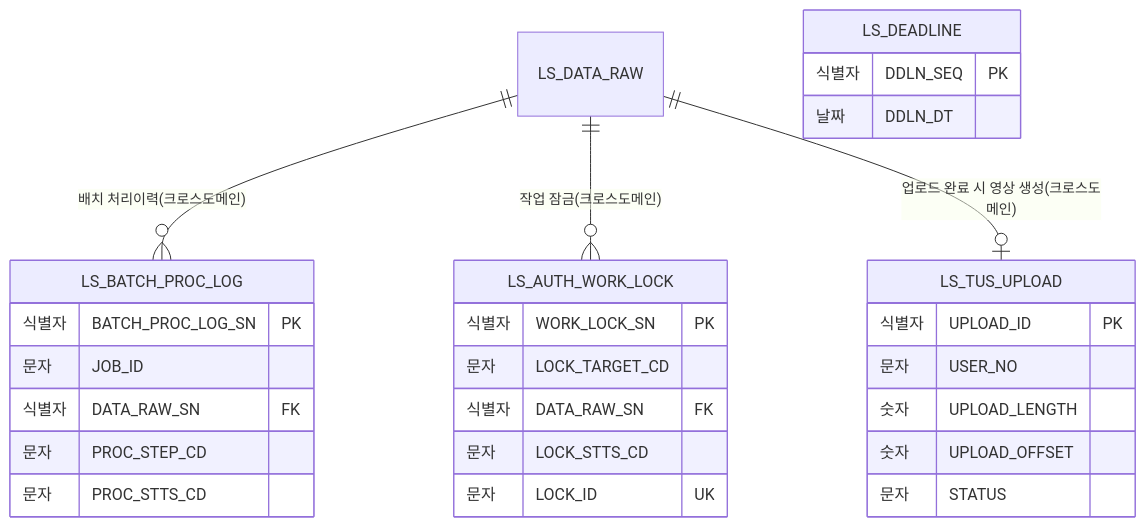
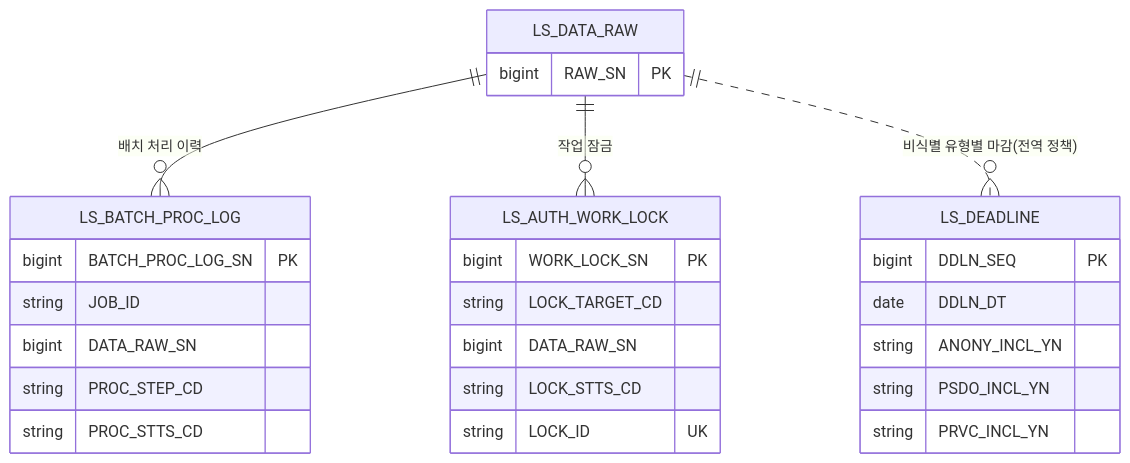
The tenth of 14 diagrams in docs/design/D8-엔티티관계모형설계서.md (New-stella/klid-label), drawn with Mermaid before and after one commit. The commit also changed other lines of this file and 7 other files, not shown here.

````diff
--- a/docs/design/D8-엔티티관계모형설계서.md
+++ b/docs/design/D8-엔티티관계모형설계서.md
@@ -362,31 +336,30 @@
 ```mermaid
 erDiagram
-    LS_DATA_RAW ||--o{ LS_BATCH_PROC_LOG : "배치 처리이력(크로스도메인)"
-    LS_DATA_RAW ||--o{ LS_AUTH_WORK_LOCK : "작업 잠금(크로스도메인)"
-    LS_DATA_RAW ||--o| LS_TUS_UPLOAD : "업로드 완료 시 영상 생성(크로스도메인)"
+    LS_DATA_RAW ||--o{ LS_BATCH_PROC_LOG : "배치 처리 이력"
+    LS_DATA_RAW ||--o{ LS_AUTH_WORK_LOCK : "작업 잠금"
+    LS_DATA_RAW ||..o{ LS_DEADLINE : "비식별 유형별 마감(전역 정책)"
+    LS_DATA_RAW {
+        bigint RAW_SN PK
+    }
     LS_BATCH_PROC_LOG {
-        식별자 BATCH_PROC_LOG_SN PK
-        문자 JOB_ID
-        식별자 DATA_RAW_SN FK
-        문자 PROC_STEP_CD
-        문자 PROC_STTS_CD
+        bigint BATCH_PROC_LOG_SN PK
+        string JOB_ID
+        bigint DATA_RAW_SN
+        string PROC_STEP_CD
+        string PROC_STTS_CD
     }
     LS_AUTH_WORK_LOCK {
-        식별자 WORK_LOCK_SN PK
-        문자 LOCK_TARGET_CD
-        식별자 DATA_RAW_SN FK
-        문자 LOCK_STTS_CD
-        문자 LOCK_ID UK
+        bigint WORK_LOCK_SN PK
+        string LOCK_TARGET_CD
+        bigint DATA_RAW_SN
+        string LOCK_STTS_CD
+        string LOCK_ID UK
     }
     LS_DEADLINE {
-        식별자 DDLN_SEQ PK
-        날짜 DDLN_DT
-    }
-    LS_TUS_UPLOAD {
-        식별자 UPLOAD_ID PK
-        문자 USER_NO
-        숫자 UPLOAD_LENGTH
-        숫자 UPLOAD_OFFSET
-        문자 STATUS
+        bigint DDLN_SEQ PK
+        date DDLN_DT
+        string ANONY_INCL_YN
+        string PSDO_INCL_YN
+        string PRVC_INCL_YN
     }
 ```
````
